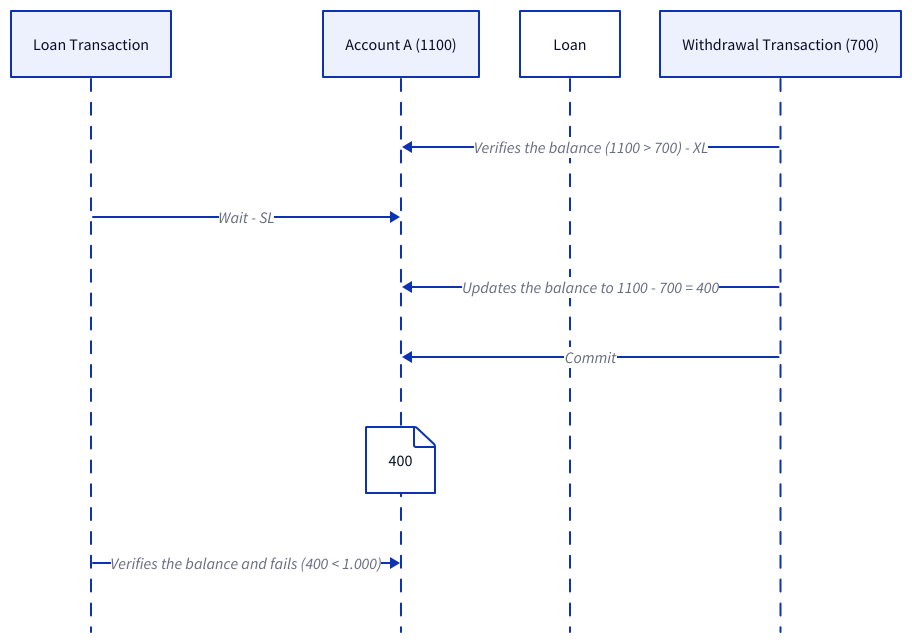
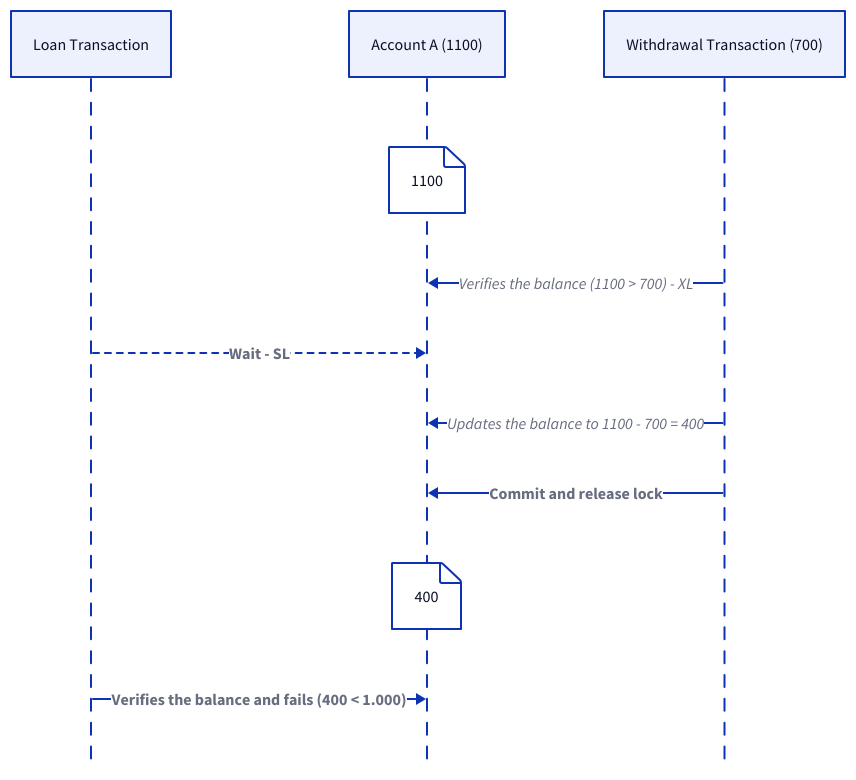
One commit to link1905/system-design-101 changed diagram 25 of 29 in content/docs/data-persistence/sql-database/concurrency-control.md. Above: the diagram before and after it, drawn with D2. The commit also changed other lines of this file and 49 other files, not shown here.

````diff
--- a/content/docs/data-persistence/sql-database/concurrency-control.md
+++ b/content/docs/data-persistence/sql-database/concurrency-control.md
@@ -835,16 +856,25 @@
 ```d2
 
 shape: sequence_diagram
 t: Loan Transaction
 a: "Account A (1100)"
-l: Loan
 t1: "Withdrawal Transaction (700)"
+a {
+  "1100"
+}
 t1 -> a: "Verifies the balance (1100 > 700) - XL"
-t -> a: "Wait - SL"
+t -> a: "Wait - SL" {
+  style.stroke-dash: 3
+  style.bold: true
+}
 t1 -> a: "Updates the balance to 1100 - 700 = 400"
-t1 -> a: Commit
+t1 -> a: Commit and release lock {
+  style.bold: true
+}
 a {
   "400"
 }
-t -> a: "Verifies the balance and fails (400 < 1.000)"
+t -> a: "Verifies the balance and fails (400 < 1.000)" {
+  style.bold: true
+}
 ```
````
